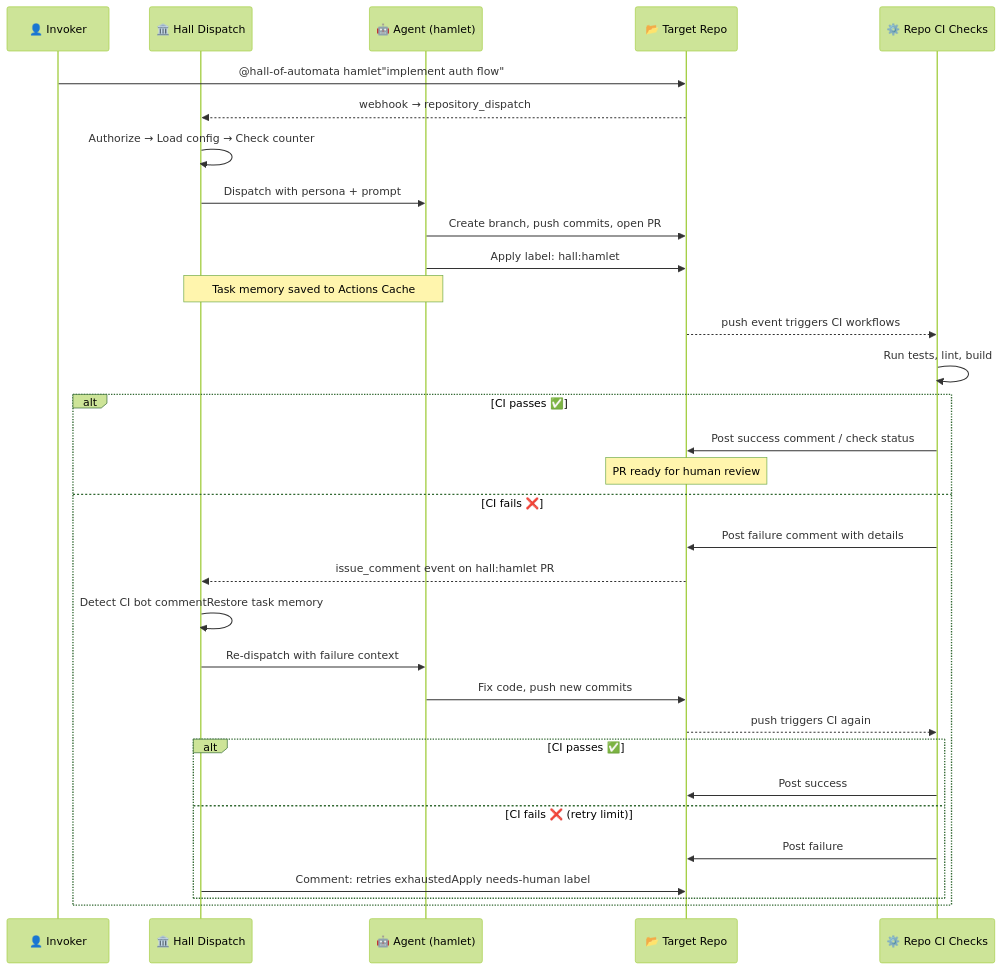
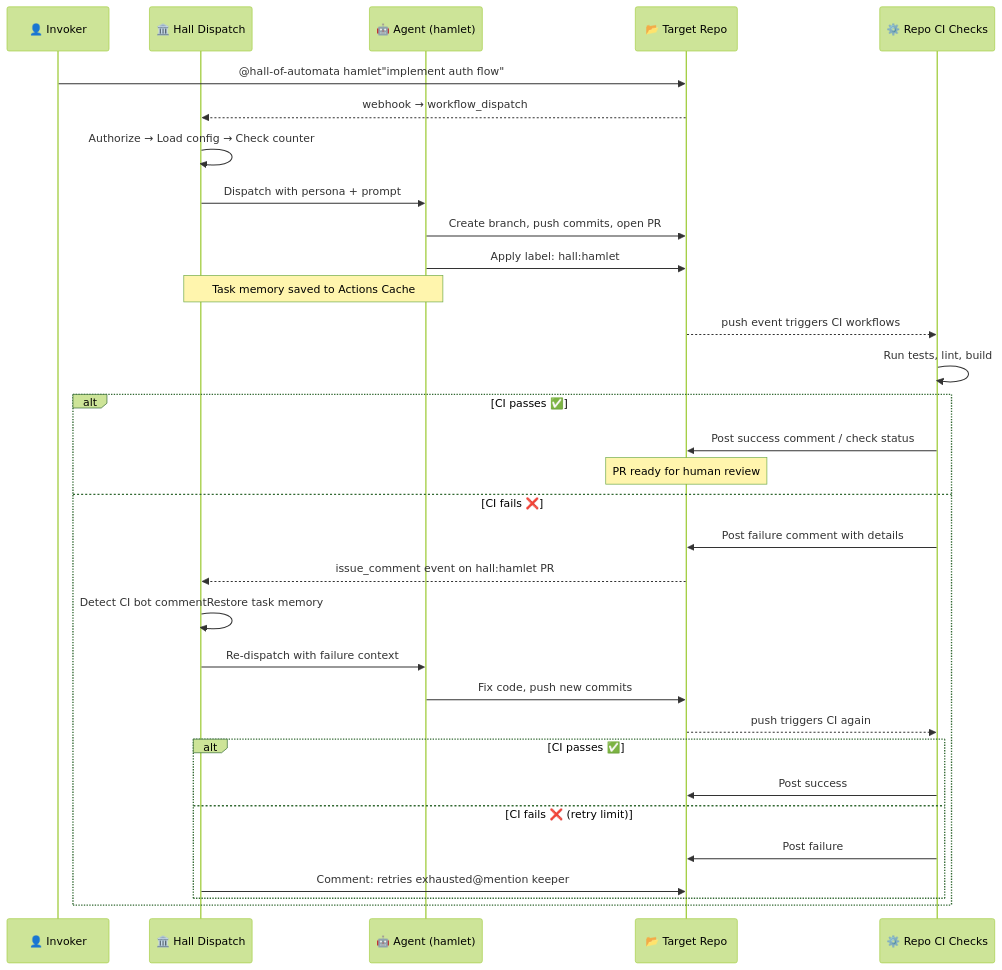
One commit to MockaSort-Studio/hall-of-automata changed the fourth of 6 diagrams in design_document.md. Above: the diagram before and after it, drawn with Mermaid (forest theme). The commit also changed other lines of this file, not shown here.

````diff
--- a/design_document.md
+++ b/design_document.md
@@ -269,41 +274,41 @@
 ```mermaid
 sequenceDiagram
     participant U as 👤 Invoker
     participant H as 🏛️ Hall Dispatch
     participant A as 🤖 Agent (hamlet)
     participant R as 📂 Target Repo
     participant CI as ⚙️ Repo CI Checks
 
     U->>R: @hall-of-automata hamlet"implement auth flow"
-    R-->>H: webhook → repository_dispatch
+    R-->>H: webhook → workflow_dispatch
 
     H->>H: Authorize → Load config → Check counter
     H->>A: Dispatch with persona + prompt
 
     A->>R: Create branch, push commits, open PR
     A->>R: Apply label: hall:hamlet
     Note over A,H: Task memory saved to Actions Cache
 
     R-->>CI: push event triggers CI workflows
     CI->>CI: Run tests, lint, build
 
     alt CI passes ✅
         CI->>R: Post success comment / check status
         Note over R: PR ready for human review
     else CI fails ❌
         CI->>R: Post failure comment with details
         R-->>H: issue_comment event on hall:hamlet PR
         H->>H: Detect CI bot commentRestore task memory
         H->>A: Re-dispatch with failure context
 
         A->>R: Fix code, push new commits
         R-->>CI: push triggers CI again
 
         alt CI passes ✅
             CI->>R: Post success
         else CI fails ❌ (retry limit)
             CI->>R: Post failure
-            H->>R: Comment: retries exhaustedApply needs-human label
+            H->>R: Comment: retries exhausted@mention keeper
         end
     end
 ```
````
